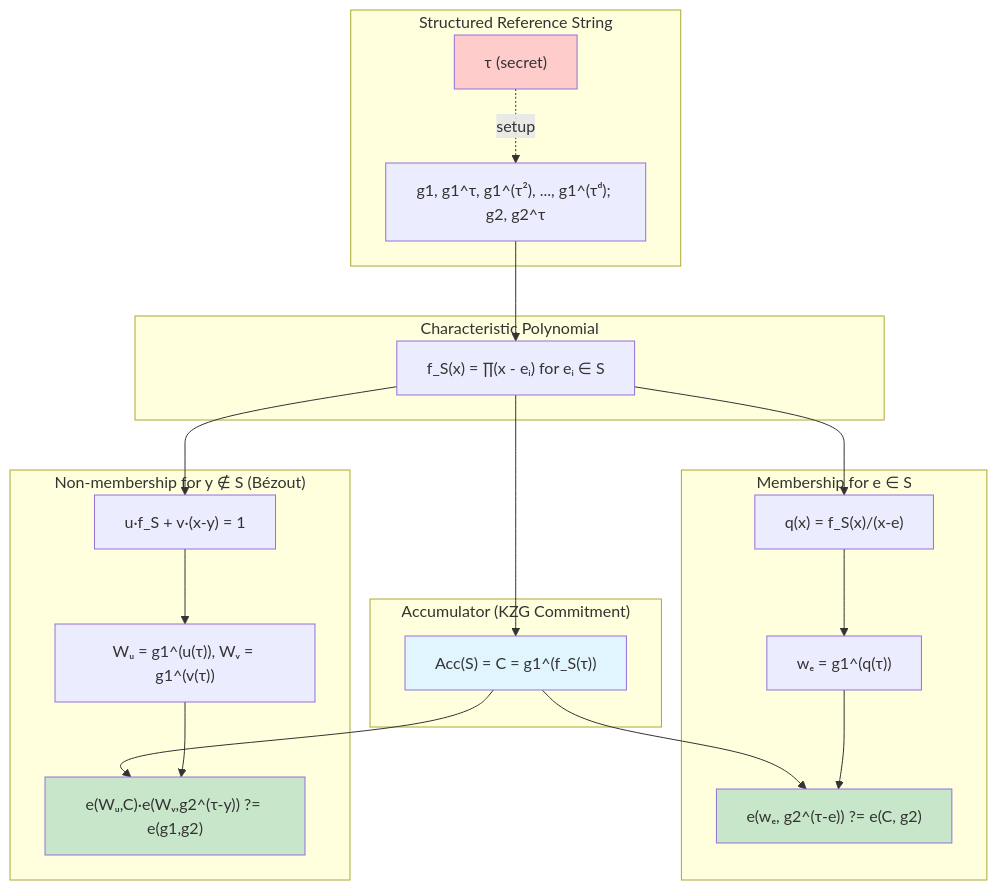
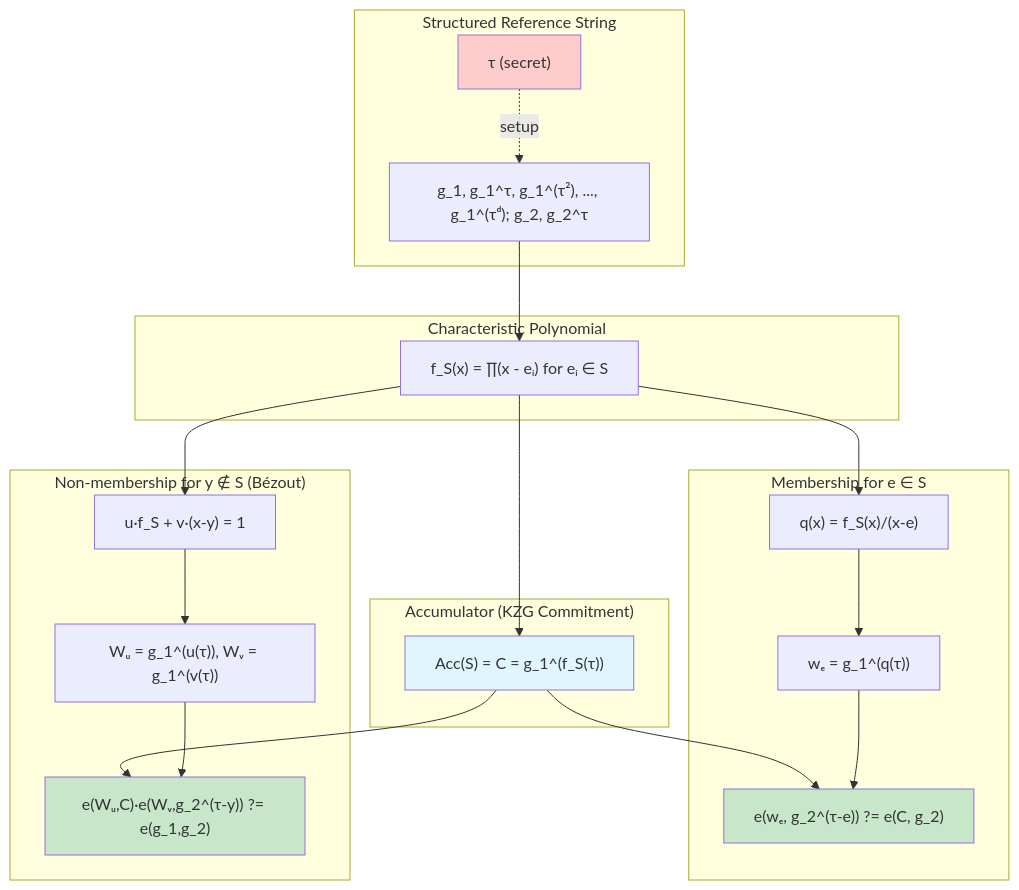
Before and after one commit to jordan-public/cryptographic-accumulators-nullifiers: the third of 8 diagrams in README.md, drawn with Mermaid. The commit also changed other lines of this file, not shown here.

````diff
--- a/README.md
+++ b/README.md
@@ -291,45 +291,45 @@
 ```mermaid
 graph TB
     subgraph SRS["Structured Reference String"]
         T["τ (secret)"]
-        SRS_P["g1, g1^τ, g1^(τ²), ..., g1^(τᵈ); g2, g2^τ"]
+        SRS_P["g_1, g_1^τ, g_1^(τ²), ..., g_1^(τᵈ); g_2, g_2^τ"]
     end
     
     subgraph Polynomial["Characteristic Polynomial"]
         F["f_S(x) = ∏(x - eᵢ) for eᵢ ∈ S"]
     end
     
     subgraph Commit["Accumulator (KZG Commitment)"]
-        C["Acc(S) = C = g1^(f_S(τ))"]
+        C["Acc(S) = C = g_1^(f_S(τ))"]
     end
     
     subgraph Member["Membership for e ∈ S"]
         Q["q(x) = f_S(x)/(x-e)"]
-        WM["wₑ = g1^(q(τ))"]
-        VM["e(wₑ, g2^(τ-e)) ?= e(C, g2)"]
+        WM["wₑ = g_1^(q(τ))"]
+        VM["e(wₑ, g_2^(τ-e)) ?= e(C, g_2)"]
     end
     
     subgraph NonMember["Non-membership for y ∉ S (Bézout)"]
         B["u·f_S + v·(x-y) = 1"]
-        WN["Wᵤ = g1^(u(τ)), Wᵥ = g1^(v(τ))"]
-        VN["e(Wᵤ,C)·e(Wᵥ,g2^(τ-y)) ?= e(g1,g2)"]
+        WN["Wᵤ = g_1^(u(τ)), Wᵥ = g_1^(v(τ))"]
+        VN["e(Wᵤ,C)·e(Wᵥ,g_2^(τ-y)) ?= e(g_1,g_2)"]
     end
     
     T -.setup.-> SRS_P
     SRS_P --> F
     F --> C
     F --> Q
     Q --> WM
     C --> VM
     WM --> VM
     
     F --> B
     B --> WN
     C --> VN
     WN --> VN
     
     style T fill:#ffcccc
     style C fill:#e1f5ff
     style VM fill:#c8e6c9
     style VN fill:#c8e6c9
 ```
````
